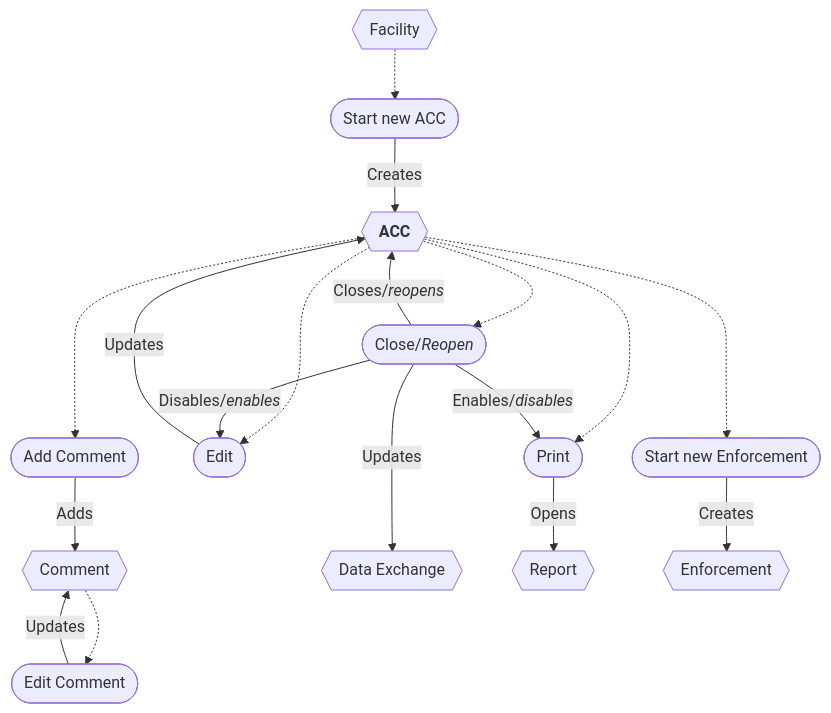
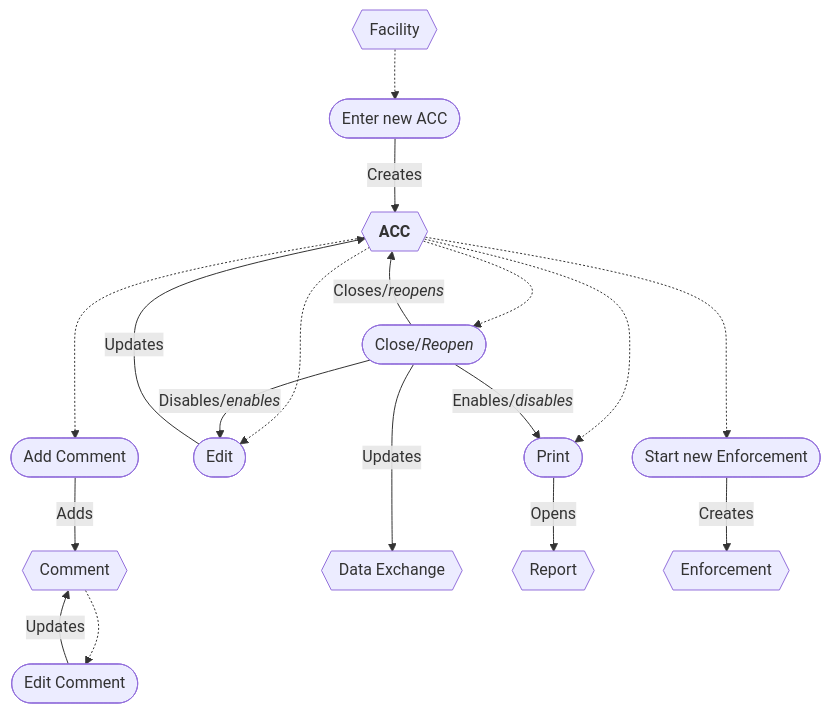
Before and after one commit to gaepdit/air-web: the diagram in docs/Workflows/ACC-workflow.md, drawn with Mermaid. The commit also changed other lines of this file and 2 other files, not shown here.

Commit message:
Add Inspection workflow

````diff
--- a/docs/Workflows/ACC-workflow.md
+++ b/docs/Workflows/ACC-workflow.md
@@ -16,37 +15,37 @@
 ```mermaid
 flowchart
     FAC{{Facility}}
     ACC{{"`**ACC**`"}}
     CMT{{Comment}}
     DX{{Data Exchange}}
     RPT{{Report}}
     ENF{{Enforcement}}
 
-    start([Start new ACC])
+    enter([Enter new ACC])
     comment([Add Comment])
-    update([Edit])
+    edit([Edit])
     enforce([Start new Enforcement])
     print([Print])
     close(["`Close/*Reopen*`"])
     updateComment([Edit Comment])
 
-    FAC -.-> start
-    ACC -.-> update
+    FAC -.-> enter
+    ACC -.-> edit
     ACC -.-> close
     ACC -.-> print
     ACC -..-> comment
     ACC -..-> enforce
     CMT -.-> updateComment
 
     close -->|"`Enables/*disables*`"| print
-    close -->|"`Disables/*enables*`"| update
+    close -->|"`Disables/*enables*`"| edit
 
-    start -->|Creates| ACC
-    update -->|Updates| ACC
+    enter -->|Creates| ACC
+    edit -->|Updates| ACC
     close -->|"`Closes/*reopens*`"| ACC
     updateComment -->|Updates| CMT
     print -->|Opens| RPT
     comment -->|Adds| CMT
     enforce -->|Creates| ENF
     close --->|Updates| DX
 ```
````
